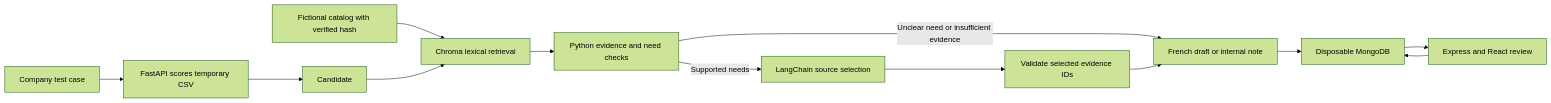
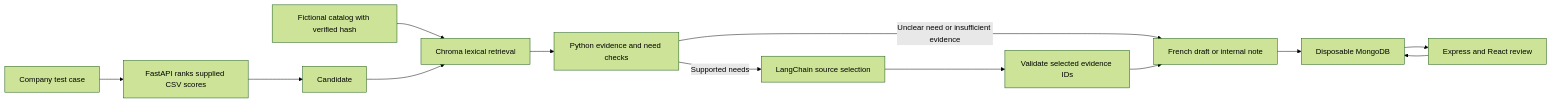
The diagram in docs/PROJECT_ARCHITECTURE.md (naderite/Next-BH), drawn with Mermaid (forest theme) before and after one commit. The commit also changed other lines of this file, not shown here.

Commit message:
BH-20 Specify the fixture scores and ranking boundary

````diff
--- a/docs/PROJECT_ARCHITECTURE.md
+++ b/docs/PROJECT_ARCHITECTURE.md
@@ -36,15 +36,15 @@
 ```mermaid
 flowchart LR
-    F[Company test case] --> A[FastAPI scores temporary CSV]
+    F[Company test case] --> A[FastAPI ranks supplied CSV scores]
     A --> C[Candidate]
     D[Fictional catalog with verified hash] --> R[Chroma lexical retrieval]
     C --> R
     R --> G[Python evidence and need checks]
     G -->|Supported needs| L[LangChain source selection]
     G -->|Unclear need or insufficient evidence| P[French draft or internal note]
     L --> V[Validate selected evidence IDs]
     V --> P
     P --> M[Disposable MongoDB]
     M --> U[Express and React review]
     U --> M
 ```
````
